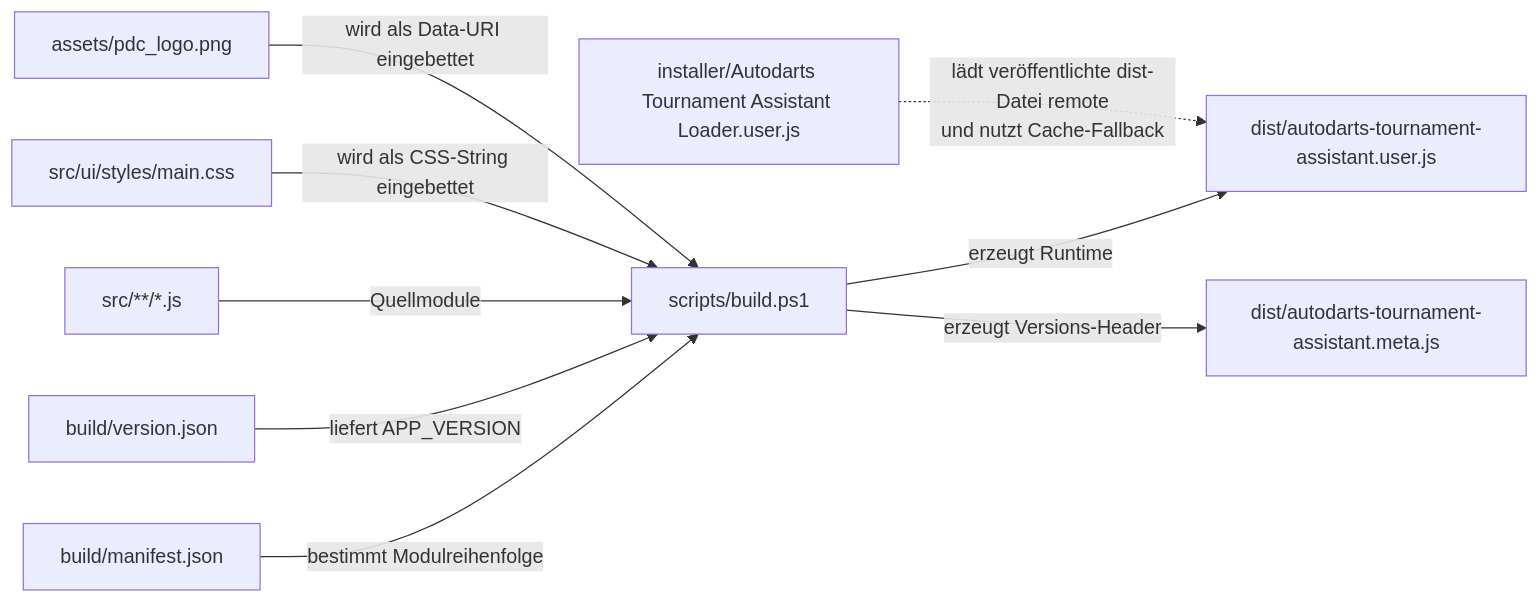
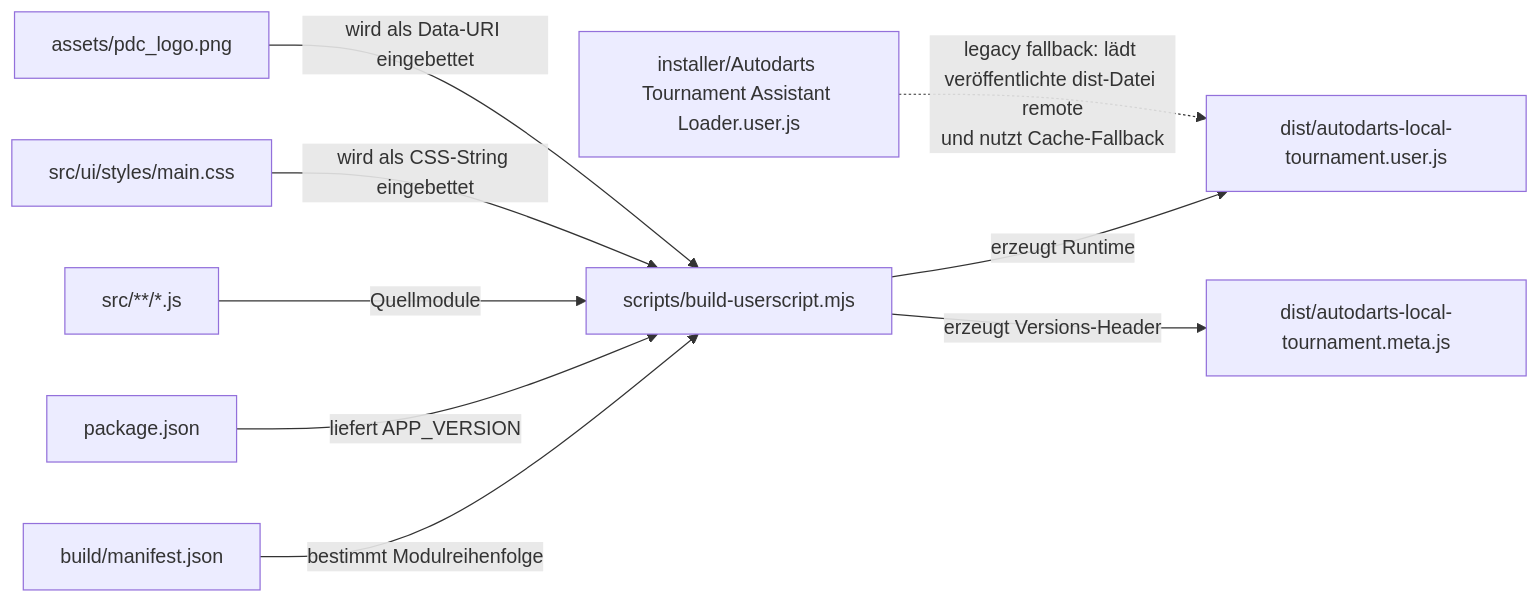
The first of 2 diagrams in docs/codebase-map.md (thomasasen/autodarts_local_tournament), drawn with Mermaid before and after one commit. The commit also changed other lines of this file and 25 other files, not shown here.

Commit message:
Vorher: Build über scripts/build.ps1 + build/version.json, Loader mit dynamischem GitHub-Runtime-Download. Jetzt: Dist-first Build mit esbuild, Version aus package.json, installierbares Standard-Artefakt ohne Runtime-Nachladen, Loader bleibt als Legacy-Fallback.

````diff
--- a/docs/codebase-map.md
+++ b/docs/codebase-map.md
@@ -162,21 +168,21 @@
 ```mermaid
 flowchart LR
   manifest["build/manifest.json"]
-  version["build/version.json"]
+  version["package.json"]
   src["src/**/*.js"]
   css["src/ui/styles/main.css"]
   logo["assets/pdc_logo.png"]
-  build["scripts/build.ps1"]
-  dist["dist/autodarts-tournament-assistant.user.js"]
-  meta["dist/autodarts-tournament-assistant.meta.js"]
+  build["scripts/build-userscript.mjs"]
+  dist["dist/autodarts-local-tournament.user.js"]
+  meta["dist/autodarts-local-tournament.meta.js"]
   loader["installer/Autodarts Tournament Assistant Loader.user.js"]
 
   manifest -->|bestimmt Modulreihenfolge| build
   version -->|liefert APP_VERSION| build
   src -->|Quellmodule| build
   css -->|wird als CSS-String eingebettet| build
   logo -->|wird als Data-URI eingebettet| build
   build -->|erzeugt Runtime| dist
   build -->|erzeugt Versions-Header| meta
-  loader -.->|lädt veröffentlichte dist-Datei remote<br/>und nutzt Cache-Fallback| dist
+  loader -.->|legacy fallback: lädt veröffentlichte dist-Datei remote<br/>und nutzt Cache-Fallback| dist
 ```
````
